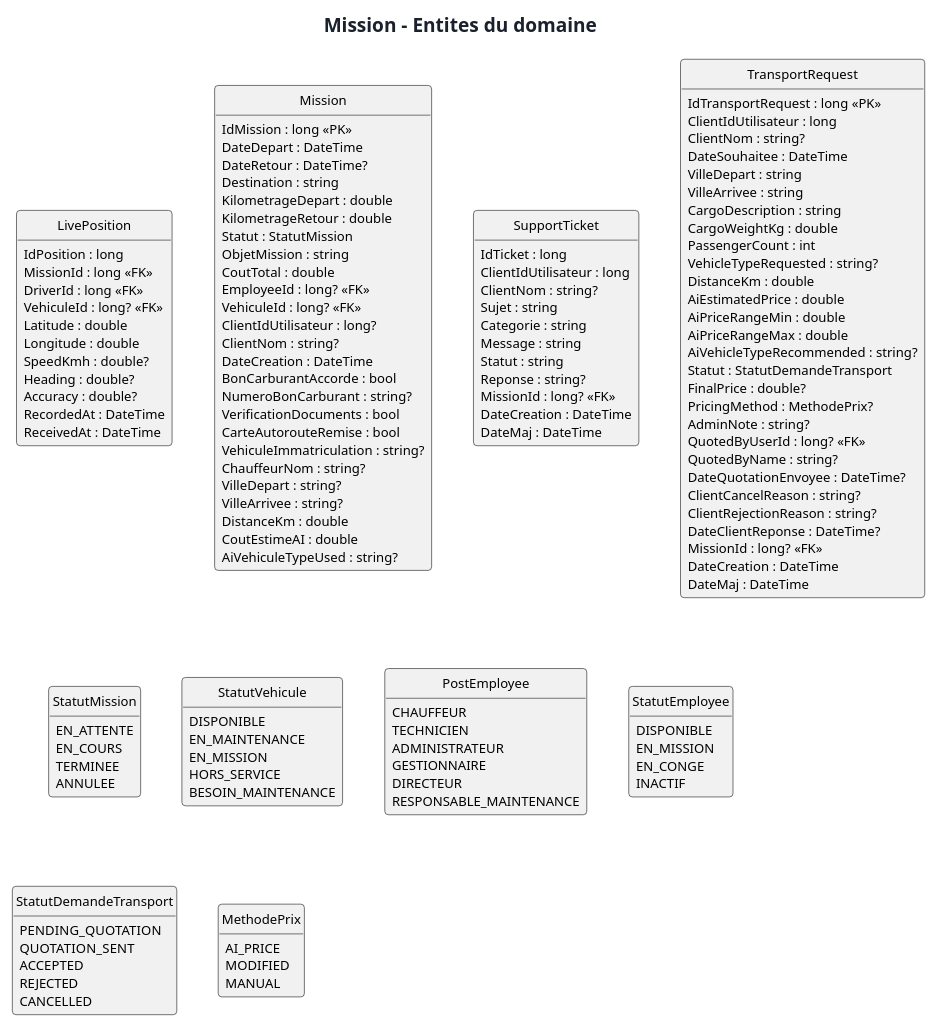
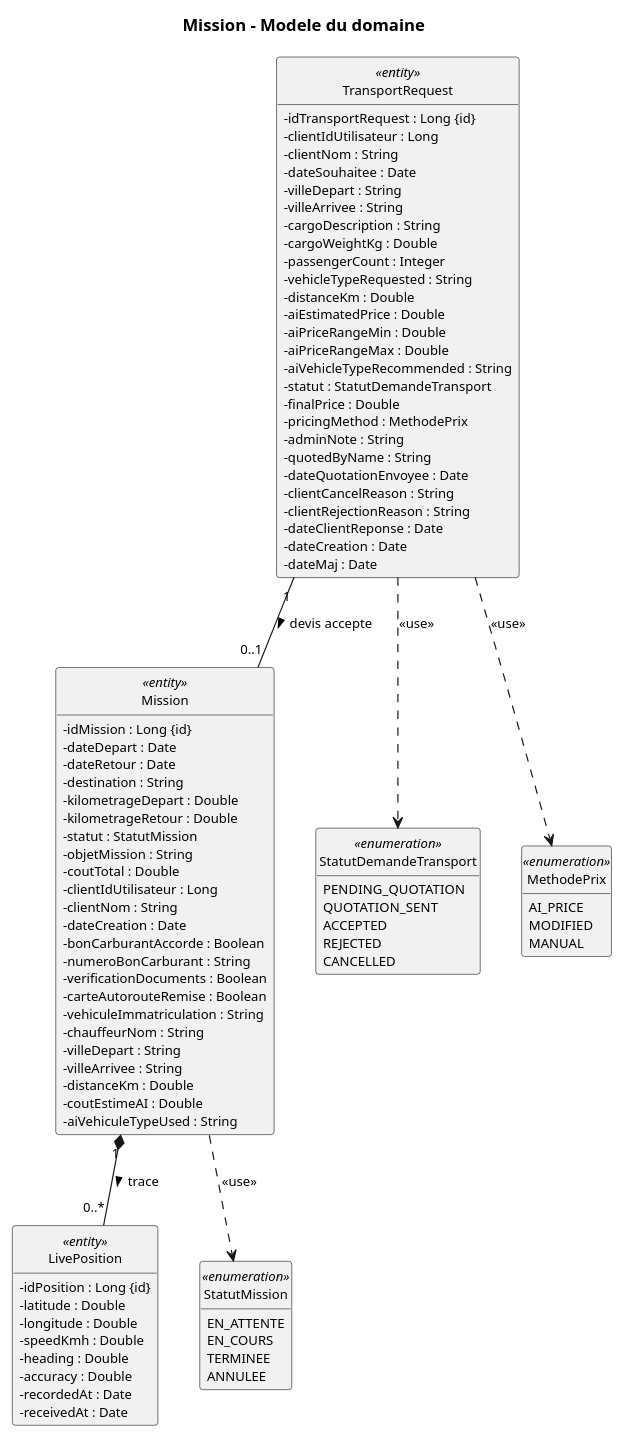
The diagram in docs/diagrams/microservices/Mission/Mission-entities.puml (saber-barhoumi/Xpark-gmao), drawn with PlantUML before and after one commit. The commit also changed 37 other files, not shown here.

First line of the commit message:
docs(uml): correctifs semantiques sur les diagrammes des microservices

```diff
--- a/docs/diagrams/microservices/Mission/Mission-entities.puml
+++ b/docs/diagrams/microservices/Mission/Mission-entities.puml
@@ -1,143 +1,101 @@
 @startuml
 skinparam style strictuml
-skinparam backgroundColor #FFFFFF
+skinparam packageStyle rectangle
+skinparam classAttributeIconSize 0
 skinparam shadowing false
 skinparam defaultFontName Verdana
 skinparam defaultFontSize 11
-skinparam roundCorner 6
-skinparam ArrowColor #4A5568
-skinparam TitleFontSize 16
-skinparam TitleFontColor #1A202C
-skinparam NoteBackgroundColor #FFF8DC
-skinparam NoteBorderColor #D6BF7A
-skinparam componentStyle rectangle
+skinparam backgroundColor #FFFFFF
+hide empty members
 
-title Mission - Entites du domaine
+title Mission - Modele du domaine
 
-hide empty methods
-skinparam linetype ortho
-
-entity "LivePosition" as LivePosition {
-  IdPosition : long
-  MissionId : long <<FK>>
-  DriverId : long <<FK>>
-  VehiculeId : long? <<FK>>
-  Latitude : double
-  Longitude : double
-  SpeedKmh : double?
-  Heading : double?
-  Accuracy : double?
-  RecordedAt : DateTime
-  ReceivedAt : DateTime
+class LivePosition <<entity>> {
+  -idPosition : Long {id}
+  -latitude : Double
+  -longitude : Double
+  -speedKmh : Double
+  -heading : Double
+  -accuracy : Double
+  -recordedAt : Date
+  -receivedAt : Date
 }
-entity "Mission" as Mission {
-  IdMission : long <<PK>>
-  DateDepart : DateTime
-  DateRetour : DateTime?
-  Destination : string
-  KilometrageDepart : double
-  KilometrageRetour : double
-  Statut : StatutMission
-  ObjetMission : string
-  CoutTotal : double
-  EmployeeId : long? <<FK>>
-  VehiculeId : long? <<FK>>
-  ClientIdUtilisateur : long?
-  ClientNom : string?
-  DateCreation : DateTime
-  BonCarburantAccorde : bool
-  NumeroBonCarburant : string?
-  VerificationDocuments : bool
-  CarteAutorouteRemise : bool
-  VehiculeImmatriculation : string?
-  ChauffeurNom : string?
-  VilleDepart : string?
-  VilleArrivee : string?
-  DistanceKm : double
-  CoutEstimeAI : double
-  AiVehiculeTypeUsed : string?
+class Mission <<entity>> {
+  -idMission : Long {id}
+  -dateDepart : Date
+  -dateRetour : Date
+  -destination : String
+  -kilometrageDepart : Double
+  -kilometrageRetour : Double
+  -statut : StatutMission
+  -objetMission : String
+  -coutTotal : Double
+  -clientIdUtilisateur : Long
+  -clientNom : String
+  -dateCreation : Date
+  -bonCarburantAccorde : Boolean
+  -numeroBonCarburant : String
+  -verificationDocuments : Boolean
+  -carteAutorouteRemise : Boolean
+  -vehiculeImmatriculation : String
+  -chauffeurNom : String
+  -villeDepart : String
+  -villeArrivee : String
+  -distanceKm : Double
+  -coutEstimeAI : Double
+  -aiVehiculeTypeUsed : String
 }
-entity "SupportTicket" as SupportTicket {
-  IdTicket : long
-  ClientIdUtilisateur : long
-  ClientNom : string?
-  Sujet : string
-  Categorie : string
-  Message : string
-  Statut : string
-  Reponse : string?
-  MissionId : long? <<FK>>
-  DateCreation : DateTime
-  DateMaj : DateTime
+class TransportRequest <<entity>> {
+  -idTransportRequest : Long {id}
+  -clientIdUtilisateur : Long
+  -clientNom : String
+  -dateSouhaitee : Date
+  -villeDepart : String
+  -villeArrivee : String
+  -cargoDescription : String
+  -cargoWeightKg : Double
+  -passengerCount : Integer
+  -vehicleTypeRequested : String
+  -distanceKm : Double
+  -aiEstimatedPrice : Double
+  -aiPriceRangeMin : Double
+  -aiPriceRangeMax : Double
+  -aiVehicleTypeRecommended : String
+  -statut : StatutDemandeTransport
+  -finalPrice : Double
+  -pricingMethod : MethodePrix
+  -adminNote : String
+  -quotedByName : String
+  -dateQuotationEnvoyee : Date
+  -clientCancelReason : String
+  -clientRejectionReason : String
+  -dateClientReponse : Date
+  -dateCreation : Date
+  -dateMaj : Date
 }
-entity "TransportRequest" as TransportRequest {
-  IdTransportRequest : long <<PK>>
-  ClientIdUtilisateur : long
-  ClientNom : string?
-  DateSouhaitee : DateTime
-  VilleDepart : string
-  VilleArrivee : string
-  CargoDescription : string
-  CargoWeightKg : double
-  PassengerCount : int
-  VehicleTypeRequested : string?
-  DistanceKm : double
-  AiEstimatedPrice : double
-  AiPriceRangeMin : double
-  AiPriceRangeMax : double
-  AiVehicleTypeRecommended : string?
-  Statut : StatutDemandeTransport
-  FinalPrice : double?
-  PricingMethod : MethodePrix?
-  AdminNote : string?
-  QuotedByUserId : long? <<FK>>
-  QuotedByName : string?
-  DateQuotationEnvoyee : DateTime?
-  ClientCancelReason : string?
-  ClientRejectionReason : string?
-  DateClientReponse : DateTime?
-  MissionId : long? <<FK>>
-  DateCreation : DateTime
-  DateMaj : DateTime
-}
-enum StatutMission {
+enum StatutMission <<enumeration>> {
   EN_ATTENTE
   EN_COURS
   TERMINEE
   ANNULEE
 }
-enum StatutVehicule {
-  DISPONIBLE
-  EN_MAINTENANCE
-  EN_MISSION
-  HORS_SERVICE
-  BESOIN_MAINTENANCE
-}
-enum PostEmployee {
-  CHAUFFEUR
-  TECHNICIEN
-  ADMINISTRATEUR
-  GESTIONNAIRE
-  DIRECTEUR
-  RESPONSABLE_MAINTENANCE
-}
-enum StatutEmployee {
-  DISPONIBLE
-  EN_MISSION
-  EN_CONGE
-  INACTIF
-}
-enum StatutDemandeTransport {
+enum StatutDemandeTransport <<enumeration>> {
   PENDING_QUOTATION
   QUOTATION_SENT
   ACCEPTED
   REJECTED
   CANCELLED
 }
-enum MethodePrix {
+enum MethodePrix <<enumeration>> {
   AI_PRICE
   MODIFIED
   MANUAL
 }
 
+TransportRequest "1" -- "0..1" Mission : devis accepte >
+Mission "1" *-- "0..*" LivePosition : trace >
+Mission ..> StatutMission : << use >>
+TransportRequest ..> MethodePrix : << use >>
+TransportRequest ..> StatutDemandeTransport : << use >>
+
 @enduml
```
